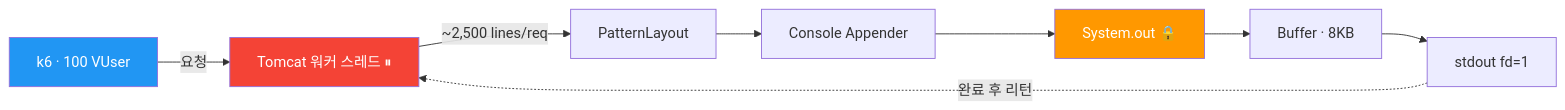
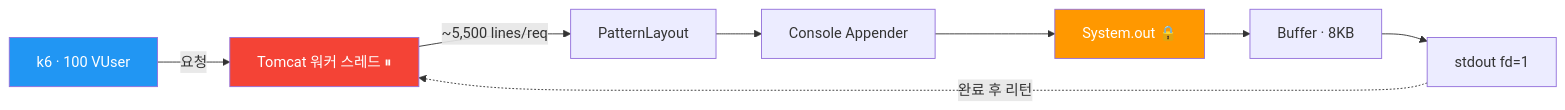
Before and after one commit to gukin-han/logging-lab: the second of 5 diagrams in docs/data-flow.md, drawn with Mermaid. The commit also changed other lines of this file and 4 other files, not shown here.

````diff
--- a/docs/data-flow.md
+++ b/docs/data-flow.md
@@ -29,14 +29,14 @@
 ```mermaid
 flowchart LR
     Client["k6 · 100 VUser"] -->|"요청"| T["Tomcat 워커 스레드 ⏸"]
-    T -->|"~2,500 lines/req"| PL["PatternLayout"]
+    T -->|"~5,500 lines/req"| PL["PatternLayout"]
     PL --> CA["Console Appender"]
     CA --> SOUT["System.out 🔒"]
     SOUT --> BUF["Buffer · 8KB"]
     BUF --> FD["stdout fd=1"]
     FD -.->|"완료 후 리턴"| T
 
     style T fill:#F44336,color:#fff
     style SOUT fill:#FF9800,color:#fff
     style Client fill:#2196F3,color:#fff
 ```
````
